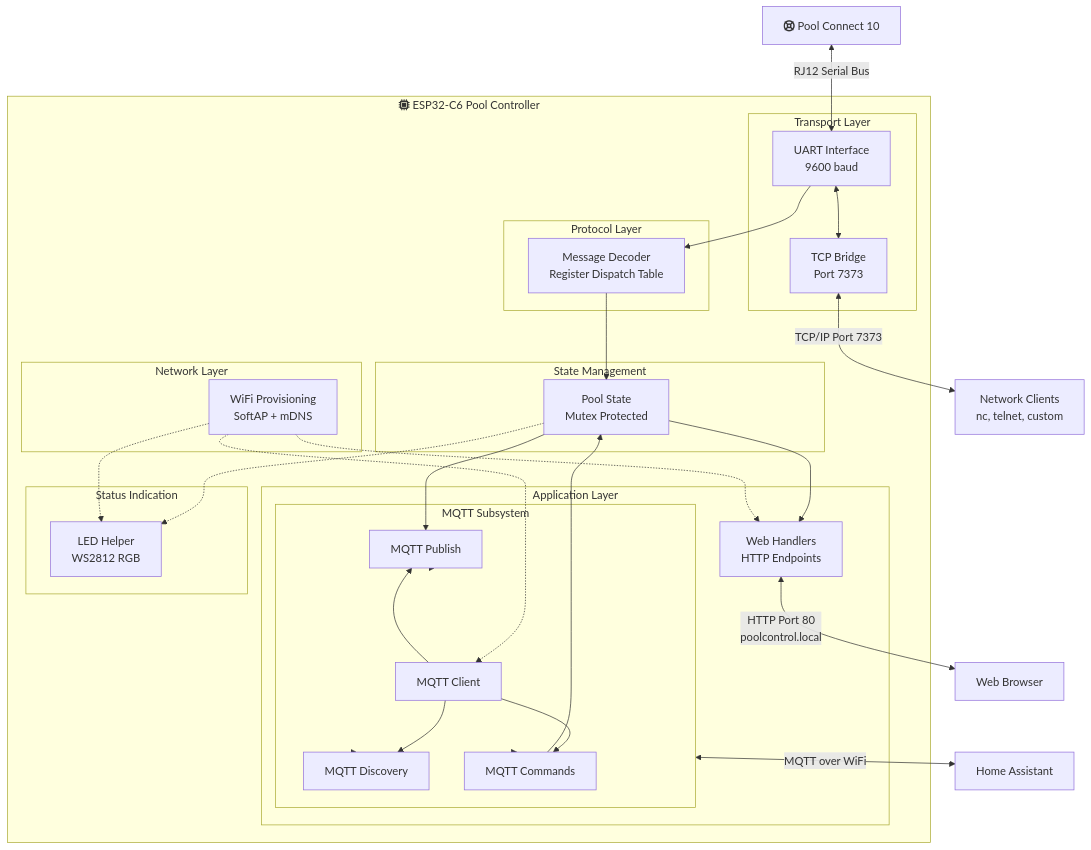
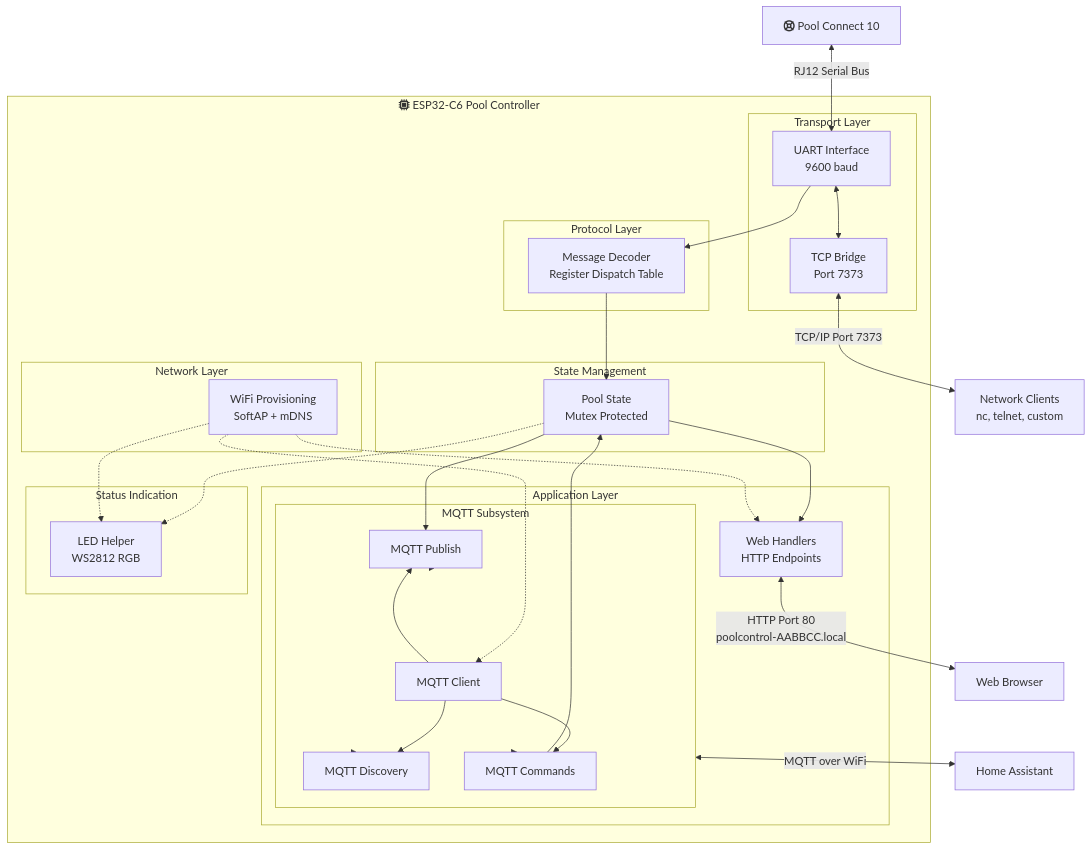
Before and after one commit to marklynch/pool-controller-code: the diagram in README.md, drawn with Mermaid. The commit also changed other lines of this file and 10 other files, not shown here.

Commit message:
### Added - Added display of serial number to home page - Use non clashing hostname poolcontrol-AABBCC.local via mdns - Added firmware and serial number to mDNS messages

````diff
--- a/README.md
+++ b/README.md
@@ -121,65 +126,65 @@
 ```mermaid
 flowchart TD
 
     Pool[fa:fa-life-ring Pool Connect 10]
 
     subgraph ESP32-C6[fa:fa-microchip ESP32-C6 Pool Controller]
         subgraph Transport[Transport Layer]
             UART[UART Interface<br/>9600 baud]
             TCP[TCP Bridge<br/>Port 7373]
         end
 
         subgraph Protocol[Protocol Layer]
             Decoder[Message Decoder<br/>Register Dispatch Table]
         end
 
         subgraph State[State Management]
             PoolState[Pool State<br/>Mutex Protected]
         end
 
         subgraph Network[Network Layer]
             WiFi[WiFi Provisioning<br/>SoftAP + mDNS]
         end
 
         subgraph Application[Application Layer]
             WebAPI[Web Handlers<br/>HTTP Endpoints]
 
             subgraph MQTTSub[MQTT Subsystem]
                 MQTTClient[MQTT Client]
                 MQTTPub[MQTT Publish]
                 MQTTDisc[MQTT Discovery]
                 MQTTCmd[MQTT Commands]
             end
         end
 
         subgraph Status[Status Indication]
             LED[LED Helper<br/>WS2812 RGB]
         end
 
         UART <--> TCP
         UART --> Decoder
         Decoder --> PoolState
         PoolState --> MQTTPub
         PoolState --> WebAPI
         MQTTCmd --> PoolState
         WiFi -.-> WebAPI
         WiFi -.-> MQTTClient
         MQTTClient --> MQTTPub
         MQTTClient --> MQTTDisc
         MQTTClient --> MQTTCmd
         MQTTPub --> MQTTSub
         MQTTDisc --> MQTTSub
         MQTTCmd --> MQTTSub
         PoolState -.-> LED
         WiFi -.-> LED
     end
 
     Clients[Network Clients<br/>nc, telnet, custom]
     Browser[Web Browser]
     HA[Home Assistant]
 
     Pool <-->|RJ12 Serial Bus| UART
     TCP <-->|TCP/IP Port 7373| Clients
-    WebAPI <-->|HTTP Port 80<br/>poolcontrol.local| Browser
+    WebAPI <-->|HTTP Port 80<br/>poolcontrol-AABBCC.local| Browser
     MQTTSub <-->|MQTT over WiFi| HA
 ```
````
